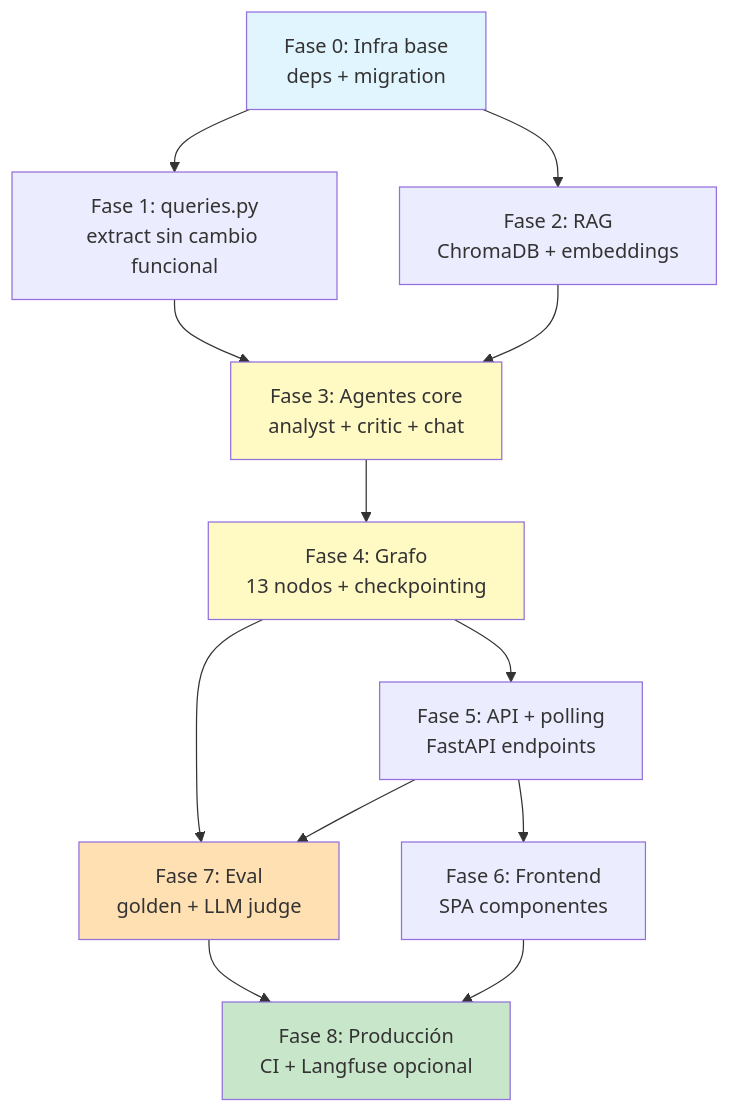
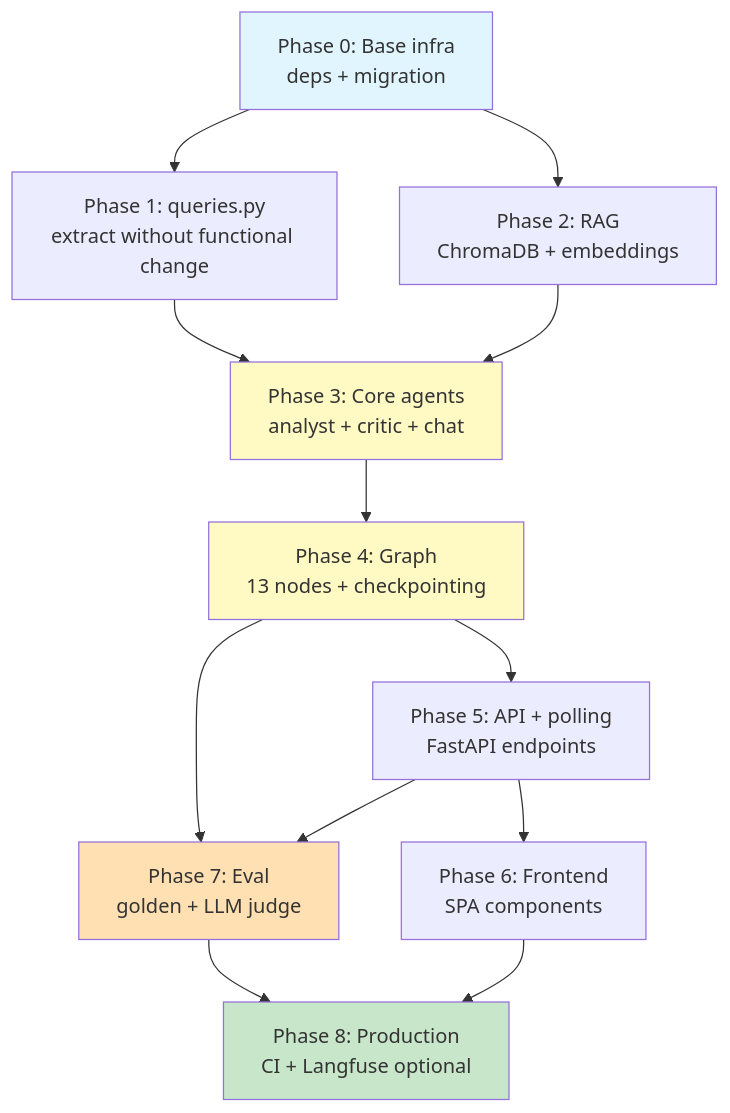
One commit to Club-Deportivo-Trocha-y-Ruta/mi changed the second of 3 diagrams in docs/10-race-results/v2-implementation-workflow.md. Above: the diagram before and after it, drawn with Mermaid. The commit also changed other lines of this file and 65 other files, not shown here.

````diff
--- a/docs/10-race-results/v2-implementation-workflow.md
+++ b/docs/10-race-results/v2-implementation-workflow.md
@@ -99,20 +99,20 @@
 ```mermaid
 graph TD
-    F0[Fase 0: Infra base<br/>deps + migration] --> F1[Fase 1: queries.py<br/>extract sin cambio funcional]
-    F0 --> F2[Fase 2: RAG<br/>ChromaDB + embeddings]
-    F1 --> F3[Fase 3: Agentes core<br/>analyst + critic + chat]
+    F0[Phase 0: Base infra<br/>deps + migration] --> F1[Phase 1: queries.py<br/>extract without functional change]
+    F0 --> F2[Phase 2: RAG<br/>ChromaDB + embeddings]
+    F1 --> F3[Phase 3: Core agents<br/>analyst + critic + chat]
     F2 --> F3
-    F3 --> F4[Fase 4: Grafo<br/>13 nodos + checkpointing]
-    F4 --> F5[Fase 5: API + polling<br/>FastAPI endpoints]
-    F5 --> F6[Fase 6: Frontend<br/>SPA componentes]
-    F4 --> F7[Fase 7: Eval<br/>golden + LLM judge]
+    F3 --> F4[Phase 4: Graph<br/>13 nodes + checkpointing]
+    F4 --> F5[Phase 5: API + polling<br/>FastAPI endpoints]
+    F5 --> F6[Phase 6: Frontend<br/>SPA components]
+    F4 --> F7[Phase 7: Eval<br/>golden + LLM judge]
     F5 --> F7
-    F7 --> F8[Fase 8: Producción<br/>CI + Langfuse opcional]
+    F7 --> F8[Phase 8: Production<br/>CI + Langfuse optional]
     F6 --> F8
 
     style F0 fill:#e1f5fe
     style F3 fill:#fff9c4
     style F4 fill:#fff9c4
     style F7 fill:#ffe0b2
     style F8 fill:#c8e6c9
 ```
````
